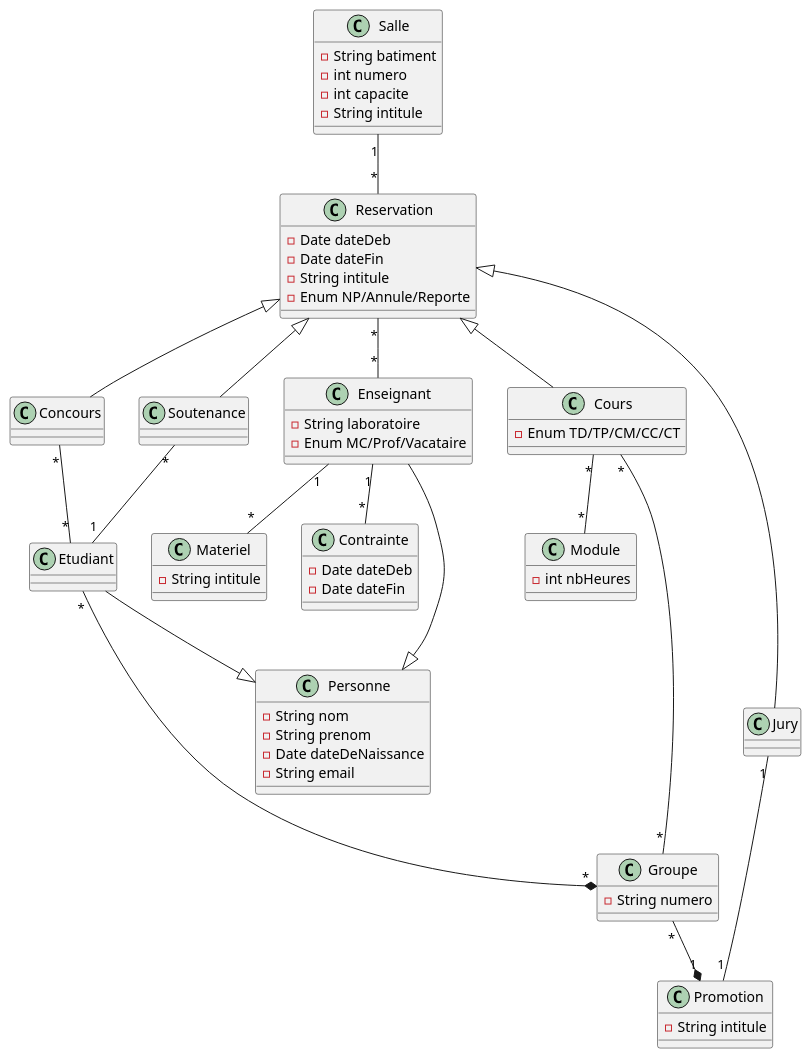
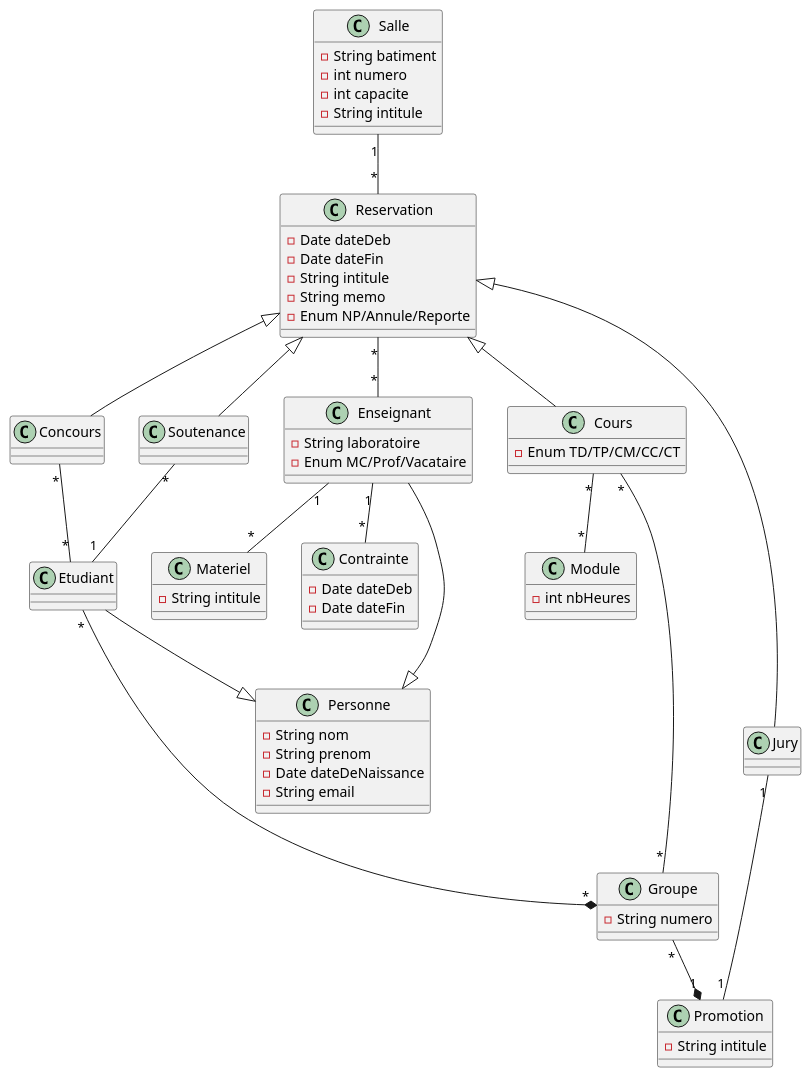
One commit to El-Sashok/UltraPlanning changed the diagram in ClassDiagram.iuml. Above: the diagram before and after it, drawn with PlantUML.

```diff
--- a/ClassDiagram.iuml
+++ b/ClassDiagram.iuml
@@ -1,94 +1,95 @@
 @startuml
 
 class Salle {
     -String batiment
     -int numero
     -int capacite
     -String intitule
 }
 
 class Cours {
     -Enum TD/TP/CM/CC/CT
 }
 
 class Personne {
     -String nom
     -String prenom
     -Date dateDeNaissance
     -String email
 }
 
 class Promotion {
     -String intitule
 }
 
 class Module {
     -int nbHeures
 }
 
 class Materiel {
     -String intitule
 }
 
 class Contrainte {
     -Date dateDeb
     -Date dateFin
 }
 
 class Groupe {
     -String numero
 }
 
 class Etudiant
 
 class Enseignant {
     -String laboratoire
     -Enum MC/Prof/Vacataire
 }
 
 class Reservation {
     -Date dateDeb
     -Date dateFin
     -String intitule
+    -String memo
     -Enum NP/Annule/Reporte
 }
 
 class Jury
 
 class Concours 
 
 Salle "1" -- "*" Reservation
 
 Etudiant "*" --* "*" Groupe
 
 Groupe "*" --* "1" Promotion 
 
 Cours "*" ---- "*" Groupe
 
 Cours "*" -- "*" Module
 
 Enseignant "1" -- "*" Materiel
 
 Enseignant "1" -- "*" Contrainte
 
 Cours -up-|> Reservation
 
 Soutenance -up-|> Reservation
 
 Jury -up-|> Reservation
 
 Concours -up-|> Reservation
 
 Etudiant --|> Personne
 
 Enseignant --|> Personne
 
 Concours "*" -- "*" Etudiant
 
 Reservation "*" -- "*" Enseignant
 
 Jury "1" -- "1" Promotion
 
 Soutenance "*" -- "1" Etudiant
 
 @enduml
```
